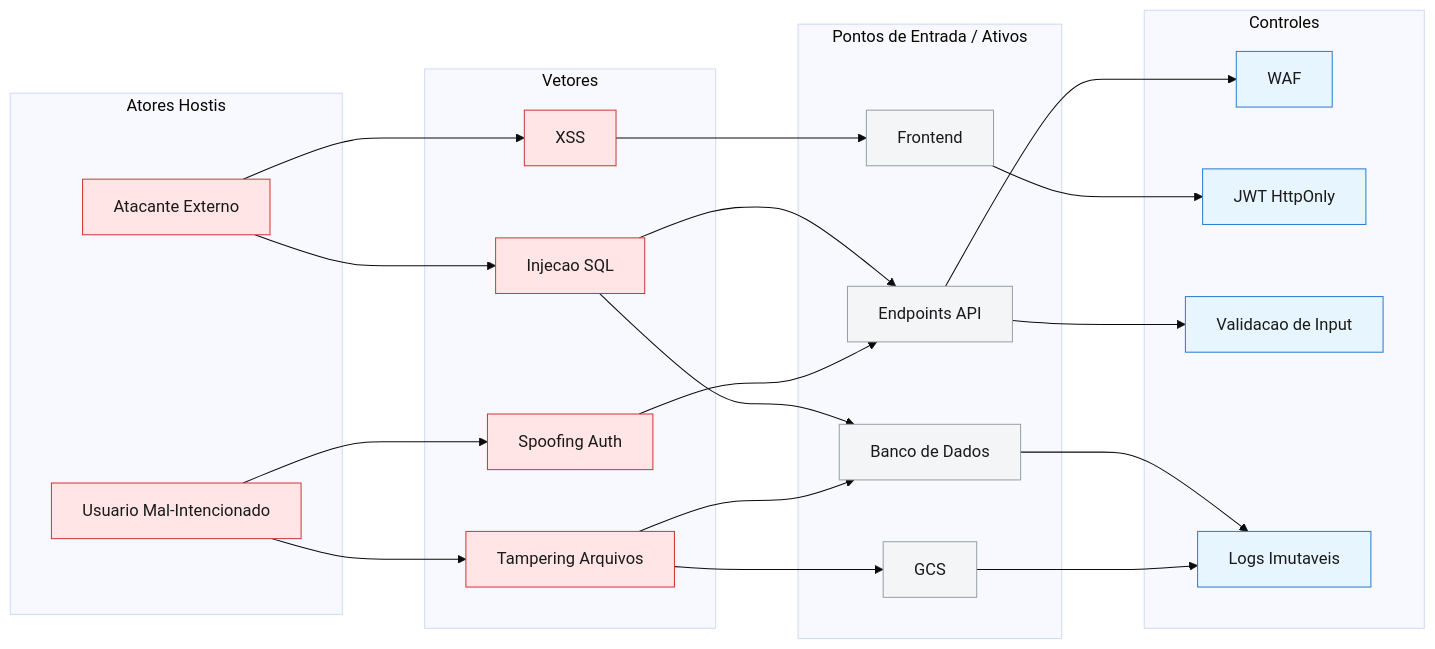
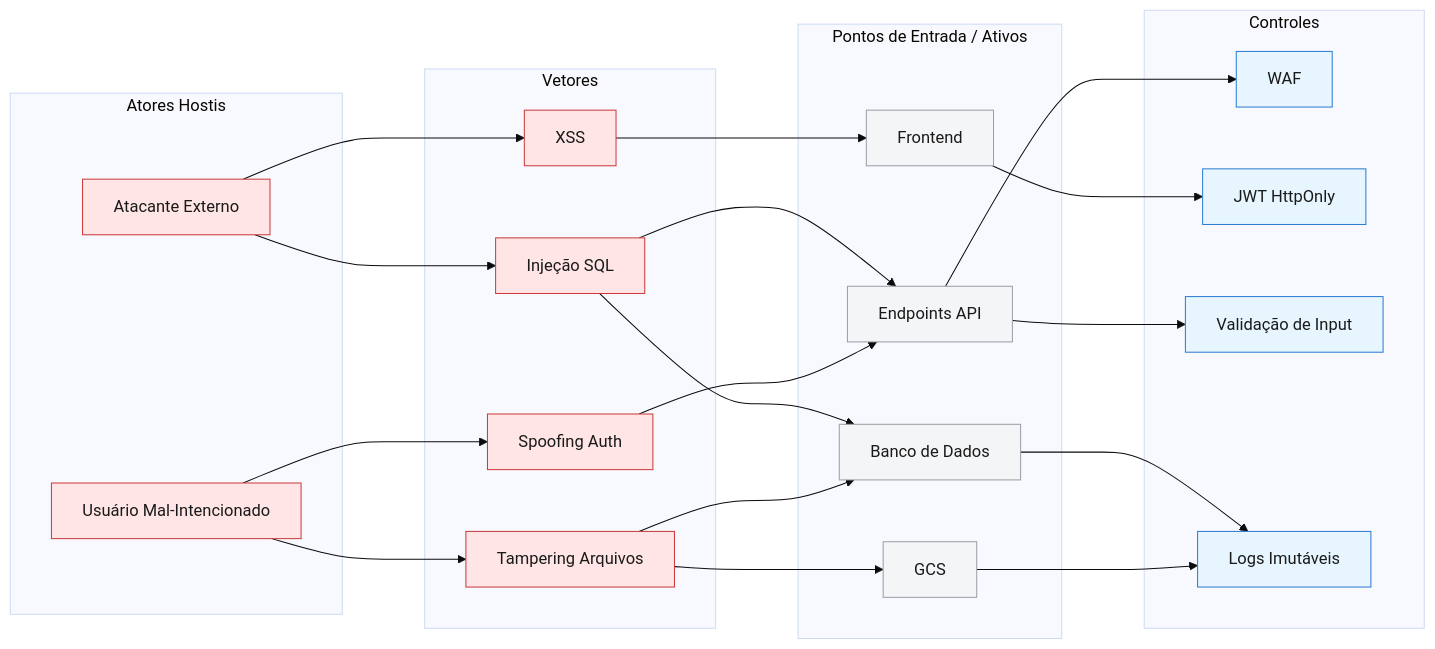
One commit to pedrohpsantos/EdTech changed the second of 2 diagrams in docs/arquitetura/seguranca_app.md. Above: the diagram before and after it, drawn with Mermaid. The commit also changed other lines of this file and 21 other files, not shown here.

Commit message:
docs: scaffold project documentation, architecture design, and CI/CD infrastructure.

````diff
--- a/docs/arquitetura/seguranca_app.md
+++ b/docs/arquitetura/seguranca_app.md
@@ -48,54 +48,54 @@
 ```mermaid
 %%{init: {"theme": "base", "flowchart": {"nodeSpacing": 60, "rankSpacing": 80, "curve": "basis"}}}%%
 flowchart LR
     subgraph Atores["Atores Hostis"]
         AE["Atacante Externo"]
-        UM["Usuario Mal-Intencionado"]
+        UM["Usuário Mal-Intencionado"]
     end
 
     subgraph Vetores["Vetores"]
-        SQL["Injecao SQL"]
+        SQL["Injeção SQL"]
         XSS["XSS"]
         SP["Spoofing Auth"]
         TAM["Tampering Arquivos"]
     end
 
     subgraph Ativos["Pontos de Entrada / Ativos"]
         FE["Frontend"]
         API["Endpoints API"]
         DB["Banco de Dados"]
         GCS["GCS"]
     end
 
     subgraph Controles["Controles"]
         WAF["WAF"]
         JWT["JWT HttpOnly"]
-        VAL["Validacao de Input"]
-        LOG["Logs Imutaveis"]
+        VAL["Validação de Input"]
+        LOG["Logs Imutáveis"]
     end
 
     AE --> SQL
     AE --> XSS
     UM --> SP
     UM --> TAM
 
     SQL --> API
     SQL --> DB
     XSS --> FE
     SP --> API
     TAM --> DB
     TAM --> GCS
 
     FE --> JWT
     API --> WAF
     API --> VAL
     DB --> LOG
     GCS --> LOG
 
     classDef threat fill:#ffe5e5,stroke:#cc3b3b,color:#1a1a1a;
     classDef asset fill:#f4f5f7,stroke:#9aa0a6,color:#1a1a1a;
     classDef control fill:#e7f5ff,stroke:#2f7dd1,color:#1a1a1a;
     class AE,UM,SQL,XSS,SP,TAM threat;
     class FE,API,DB,GCS asset;
     class WAF,JWT,VAL,LOG control;
 ```
````
